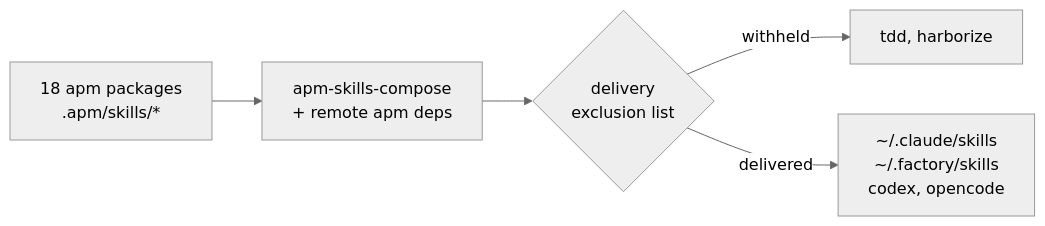
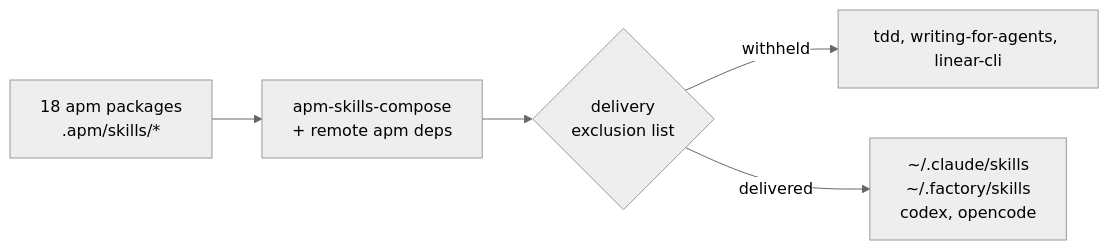
One commit to cameronraysmith/vanixiets changed the diagram in modules/home/ai/plugins/README.md. Above: the diagram before and after it, drawn with Mermaid (neutral theme). The commit also changed other lines of this file, not shown here.

Commit message:
docs(skills): correct the harborize claims in the plugins readme

````diff
--- a/modules/home/ai/plugins/README.md
+++ b/modules/home/ai/plugins/README.md
@@ -29,7 +29,7 @@
 ```mermaid
 flowchart LR
   A["18 apm packages<br/>.apm/skills/*"] --> B["apm-skills-compose<br/>+ remote apm deps"]
   B --> C{"delivery<br/>exclusion list"}
-  C -->|withheld| D["tdd, harborize"]
+  C -->|withheld| D["tdd, writing-for-agents, linear-cli"]
   C -->|delivered| E["~/.claude/skills<br/>~/.factory/skills<br/>codex, opencode"]
 ```
````
